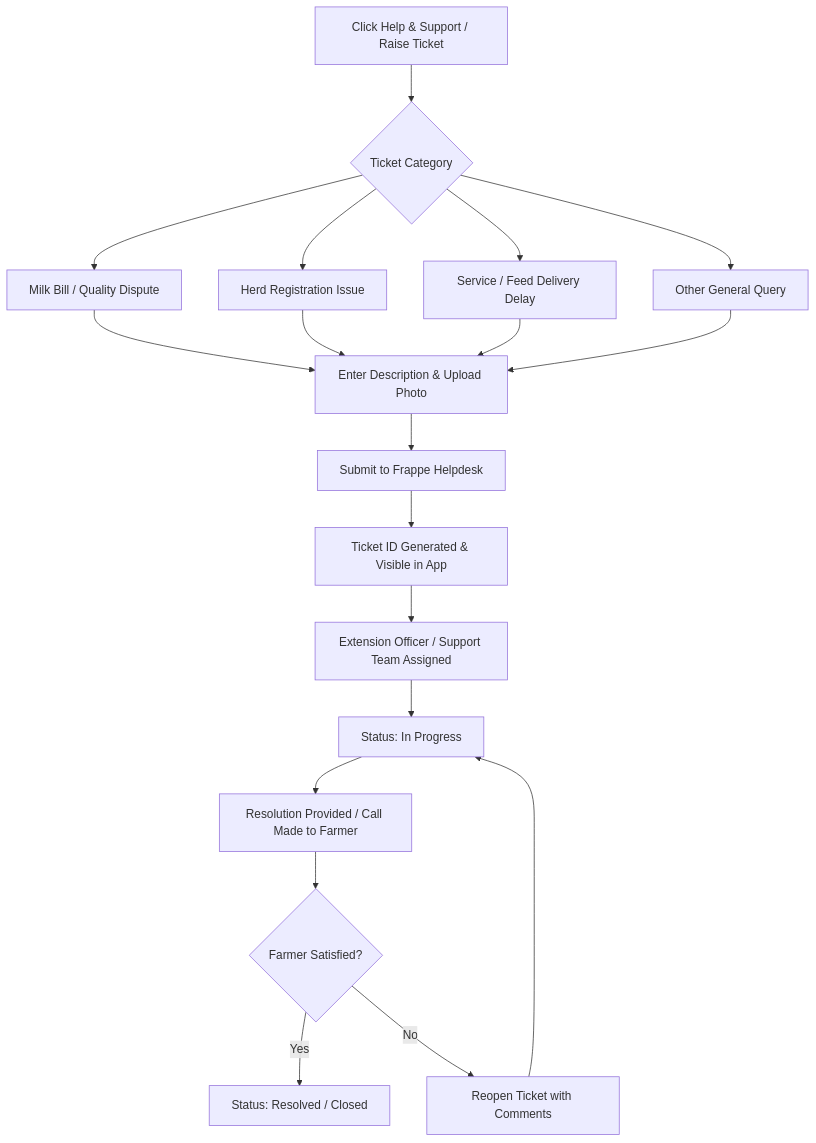
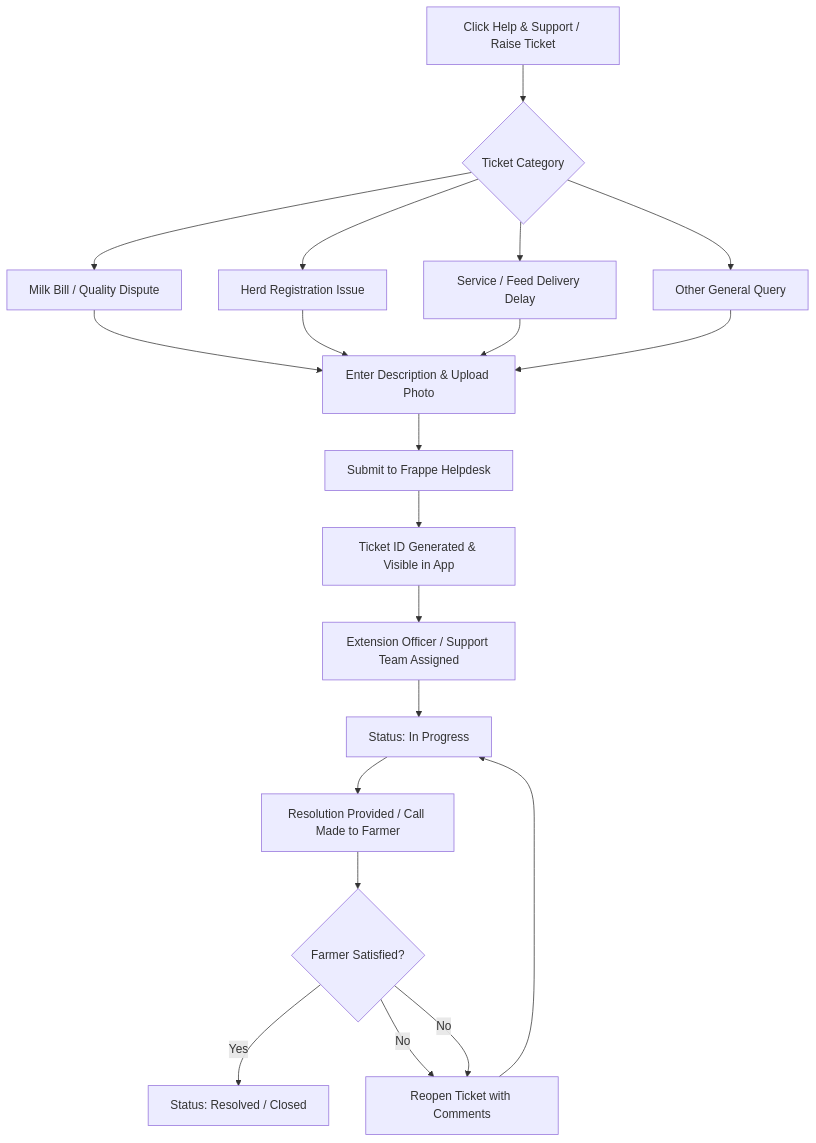
Before and after one commit to PranavForPAI/akshayakalpa-poc: the fifth of 5 diagrams in README.md, drawn with Mermaid. The commit also changed other lines of this file and 40 other files, not shown here.

````diff
--- a/README.md
+++ b/README.md
@@ -384,22 +384,23 @@
 ```mermaid
 flowchart TD
     StartTicket[Click Help & Support / Raise Ticket] --> SelectCategory{Ticket Category}
     SelectCategory --> CatMilk[Milk Bill / Quality Dispute]
     SelectCategory --> CatHerd[Herd Registration Issue]
     SelectCategory --> CatService[Service / Feed Delivery Delay]
     SelectCategory --> CatOther[Other General Query]
 
     CatMilk & CatHerd & CatService & CatOther --> FillDetails[Enter Description & Upload Photo]
     FillDetails --> SubmitTicket[Submit to Frappe Helpdesk]
     
     SubmitTicket --> TicketCreated[Ticket ID Generated & Visible in App]
     TicketCreated --> EOAssign[Extension Officer / Support Team Assigned]
 
     EOAssign --> InProgress[Status: In Progress]
     InProgress --> Resolution[Resolution Provided / Call Made to Farmer]
     
     Resolution --> CloseCheck{Farmer Satisfied?}
     CloseCheck -- Yes --> TicketClosed[Status: Resolved / Closed]
     CloseCheck -- No --> Reopen[Reopen Ticket with Comments]
+    CloseCheck -- No --> Reopen[Reopen Ticket with Comments]
     Reopen --> InProgress
 ```
````
